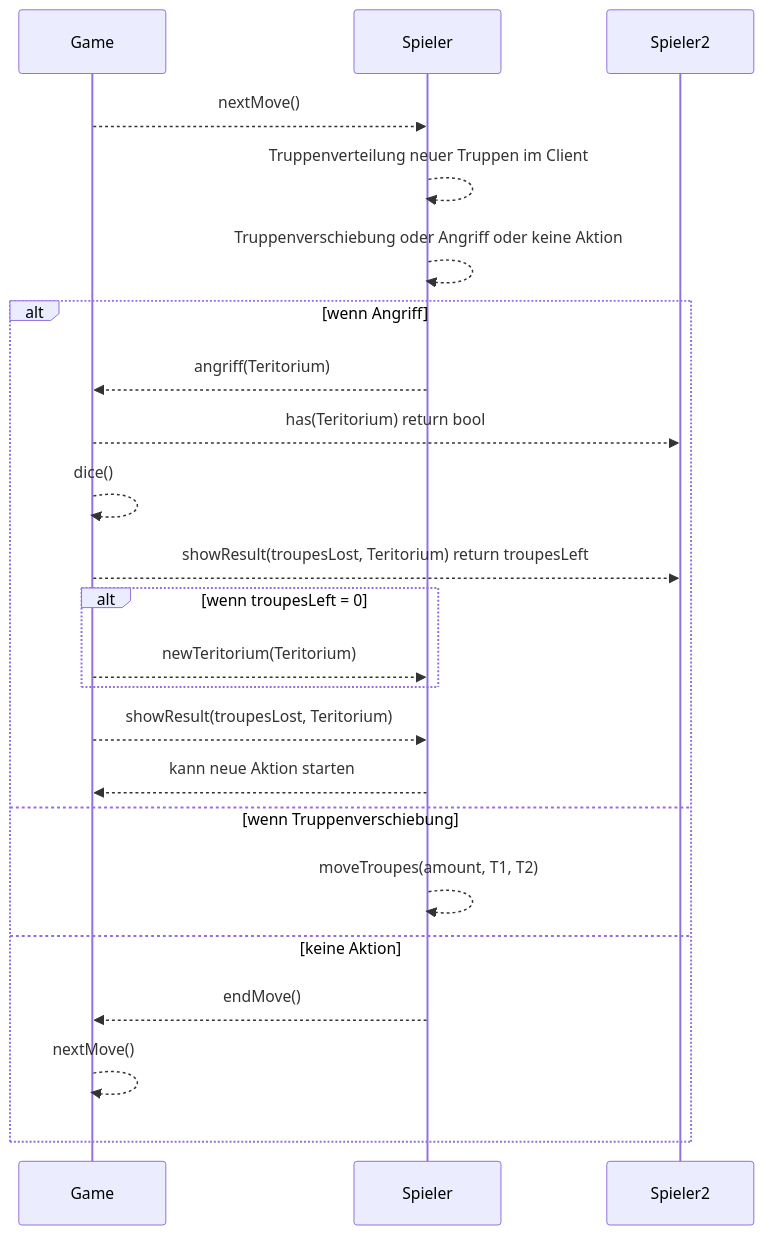
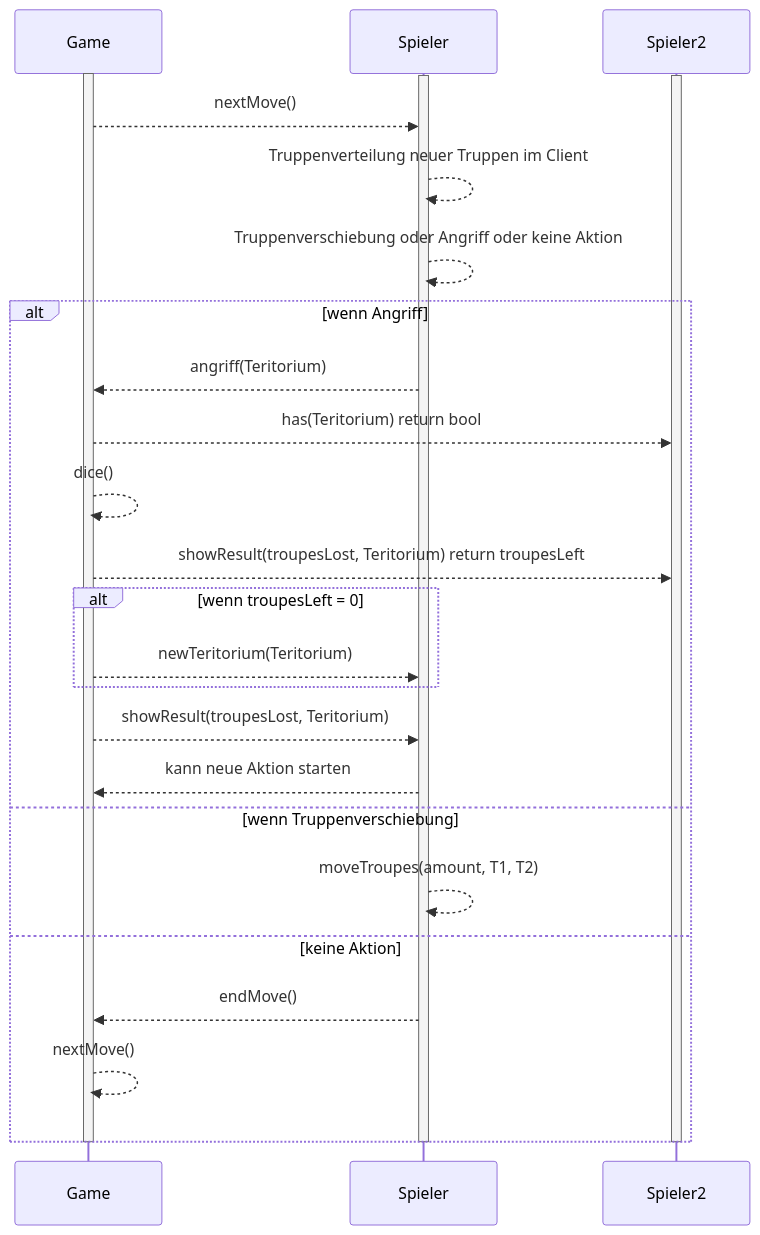
Before and after one commit to Matthiasbit/caesars-gambit: the diagram in SoftwareEngineeringStuff/Sequenzdiagramme/Spielzug-2025-10-14-112645.mmd, drawn with Mermaid. The commit also changed 7 other files, not shown here.

Commit message:
add Aktivitätsbalken to Sequenzdiagram

```diff
--- a/SoftwareEngineeringStuff/Sequenzdiagramme/Spielzug-2025-10-14-112645.mmd
+++ b/SoftwareEngineeringStuff/Sequenzdiagramme/Spielzug-2025-10-14-112645.mmd
@@ -1,27 +1,35 @@
 sequenceDiagram
   participant Game
   participant Spieler
   participant Spieler2
+
+activate Game
+activate Spieler
+activate Spieler2
 
 Game -->> Spieler: nextMove()
 Spieler -->> Spieler: Truppenverteilung neuer Truppen im Client
 Spieler -->> Spieler: Truppenverschiebung oder Angriff oder keine Aktion
 alt wenn Angriff
 Spieler -->> Game: angriff(Teritorium)
 Game -->> Spieler2: has(Teritorium) return bool
 Game -->> Game: dice()
 
 Game -->> Spieler2: showResult(troupesLost, Teritorium) return troupesLeft
 alt wenn troupesLeft = 0
 Game -->> Spieler: newTeritorium(Teritorium)
 end
 Game -->> Spieler: showResult(troupesLost, Teritorium) 
 Spieler -->> Game: kann neue Aktion starten
 
 else wenn Truppenverschiebung
 Spieler -->> Spieler: moveTroupes(amount, T1, T2)
 
 else keine Aktion
 Spieler -->> Game: endMove()
 Game -->> Game: nextMove()
 end
+
+deactivate Game
+deactivate Spieler
+deactivate Spieler2
```
